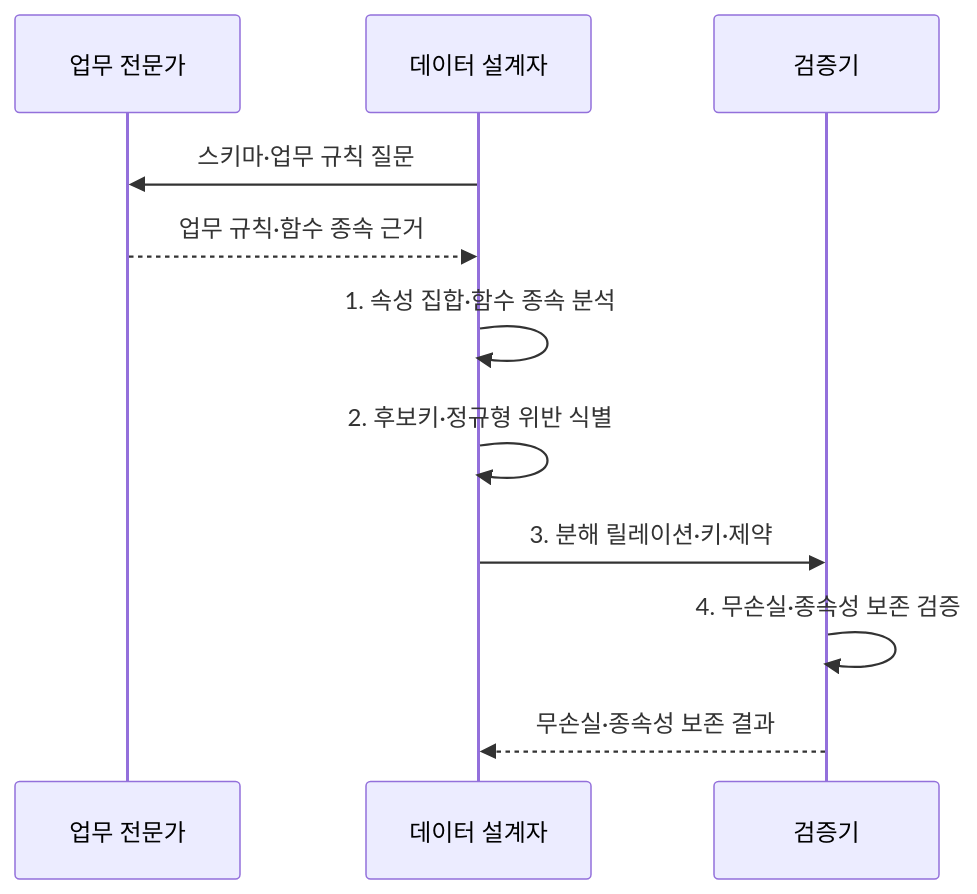
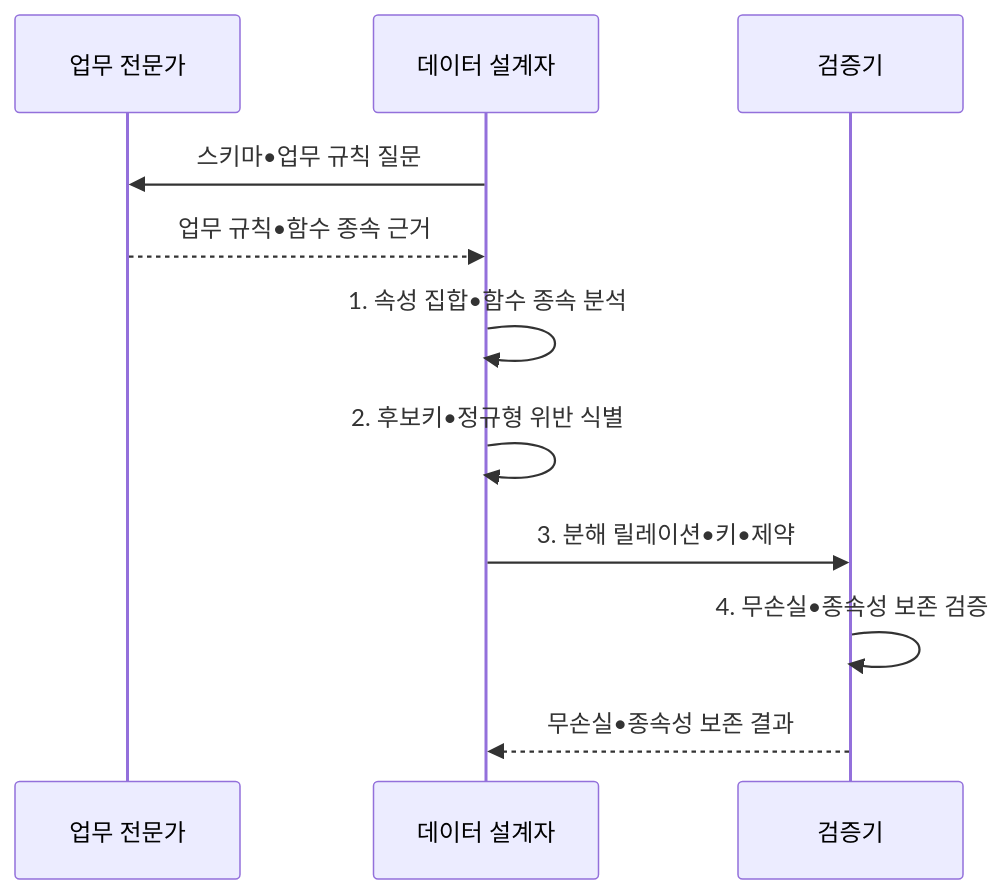
The second of 2 diagrams in src/content/docs/notes/03-software/089_database_normalization.md (agnusdei1207/knowledge-base), drawn with Mermaid before and after one commit. The commit also changed other lines of this file and 953 other files, not shown here.

````diff
--- a/src/content/docs/notes/03-software/089_database_normalization.md
+++ b/src/content/docs/notes/03-software/089_database_normalization.md
@@ -102,13 +102,13 @@
 ```mermaid
 sequenceDiagram
     participant B as 업무 전문가
     participant D as 데이터 설계자
     participant V as 검증기
-    D->>B: 스키마·업무 규칙 질문
-    B-->>D: 업무 규칙·함수 종속 근거
-    D->>D: 1. 속성 집합·함수 종속 분석
-    D->>D: 2. 후보키·정규형 위반 식별
-    D->>V: 3. 분해 릴레이션·키·제약
-    V->>V: 4. 무손실·종속성 보존 검증
-    V-->>D: 무손실·종속성 보존 결과
+    D->>B: 스키마•업무 규칙 질문
+    B-->>D: 업무 규칙•함수 종속 근거
+    D->>D: 1. 속성 집합•함수 종속 분석
+    D->>D: 2. 후보키•정규형 위반 식별
+    D->>V: 3. 분해 릴레이션•키•제약
+    V->>V: 4. 무손실•종속성 보존 검증
+    V-->>D: 무손실•종속성 보존 결과
 ```
````
